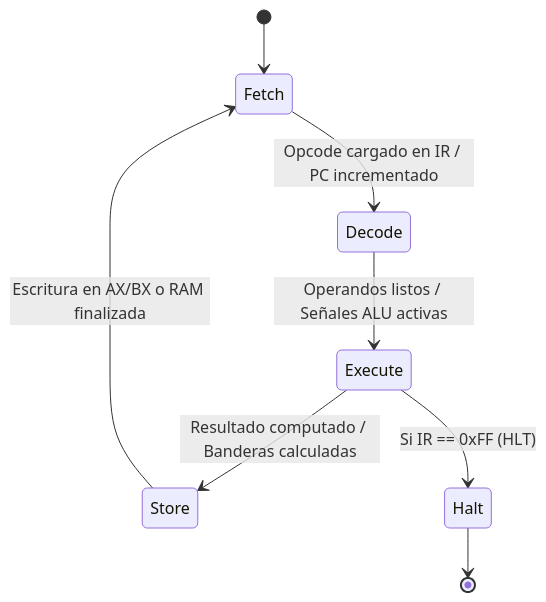
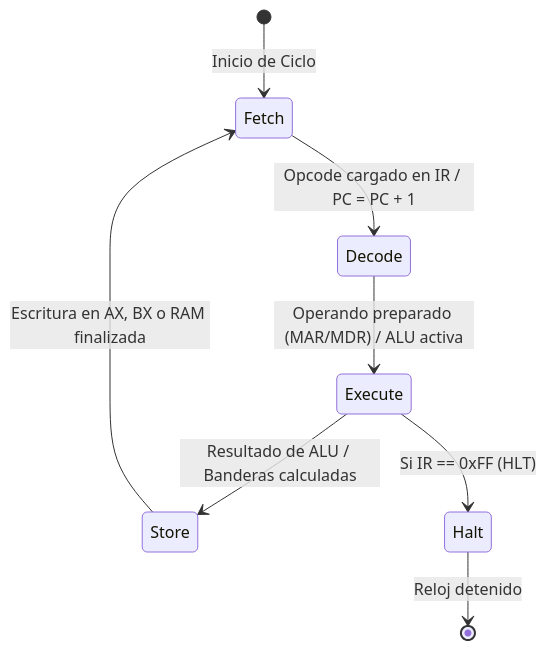
The second of 2 diagrams in README.md (Kevin07k/cpu-simulator-8bit), drawn with Mermaid before and after one commit. The commit also changed other lines of this file, not shown here.

Commit message:
docs: finalize user manual, trace diagrams and Mermaid architecture schema

````diff
--- a/README.md
+++ b/README.md
@@ -110,10 +77,10 @@
 ```mermaid
 stateDiagram-v2
-    [*] --> Fetch
-    Fetch --> Decode: Opcode cargado en IR / PC incrementado
-    Decode --> Execute: Operandos listos / Señales ALU activas
-    Execute --> Store: Resultado computado / Banderas calculadas
-    Store --> Fetch: Escritura en AX/BX o RAM finalizada
+    [*] --> Fetch: Inicio de Ciclo
+    Fetch --> Decode: Opcode cargado en IR / PC = PC + 1
+    Decode --> Execute: Operando preparado (MAR/MDR) / ALU activa
+    Execute --> Store: Resultado de ALU / Banderas calculadas
+    Store --> Fetch: Escritura en AX, BX o RAM finalizada
     Execute --> Halt: Si IR == 0xFF (HLT)
-    Halt --> [*]
+    Halt --> [*]: Reloj detenido
 ```
````
